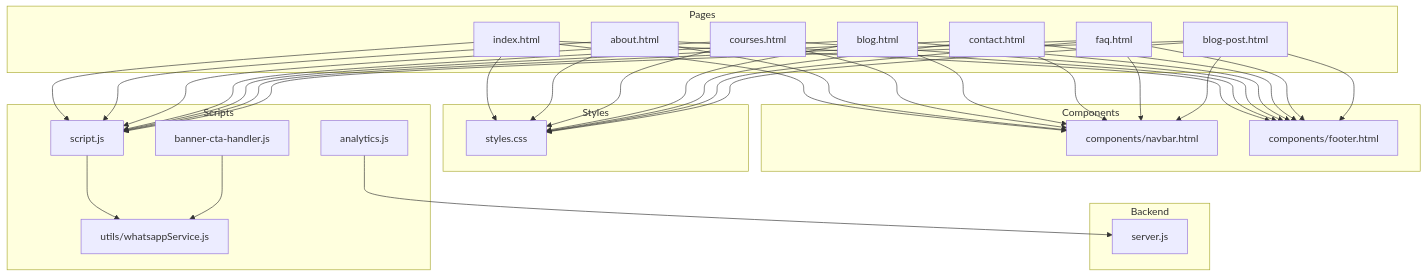
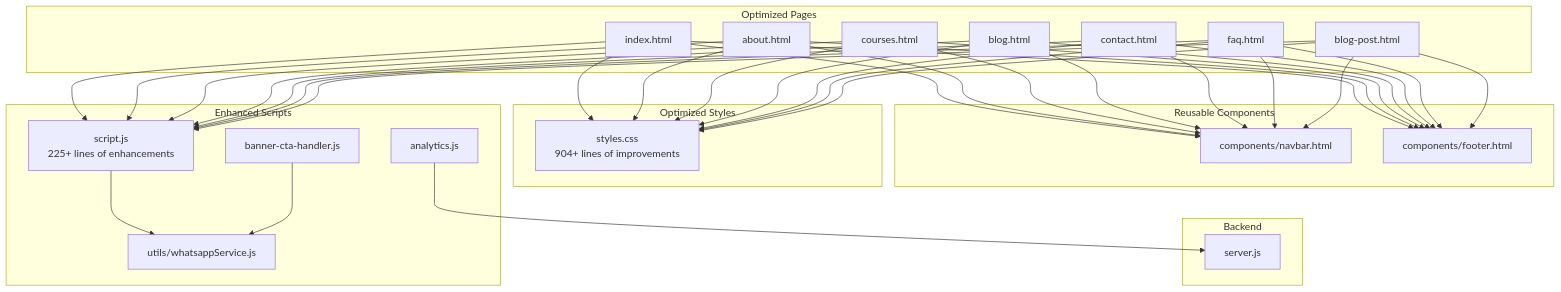
One commit to Dunstun2/GeniusMind-Home-Schooling changed the first of 8 diagrams in .qoder/repowiki/en/content/Frontend Architecture/Frontend Architecture.md. Above: the diagram before and after it, drawn with Mermaid. The commit also changed other lines of this file and 42 other files, not shown here.

````diff
--- a/.qoder/repowiki/en/content/Frontend Architecture/Frontend Architecture.md
+++ b/.qoder/repowiki/en/content/Frontend Architecture/Frontend Architecture.md
@@ -53,59 +62,59 @@
 ```mermaid
 graph TB
-subgraph "Pages"
+subgraph "Optimized Pages"
 A["index.html"]
 B["about.html"]
 C["courses.html"]
 D["blog.html"]
 E["contact.html"]
 F["faq.html"]
 G["blog-post.html"]
 end
-subgraph "Components"
+subgraph "Reusable Components"
 H["components/navbar.html"]
 I["components/footer.html"]
 end
-subgraph "Styles"
-J["styles.css"]
+subgraph "Optimized Styles"
+J["styles.css<br/>904+ lines of improvements"]
 end
-subgraph "Scripts"
-K["script.js"]
+subgraph "Enhanced Scripts"
+K["script.js<br/>225+ lines of enhancements"]
 L["analytics.js"]
 M["banner-cta-handler.js"]
 N["utils/whatsappService.js"]
 end
 subgraph "Backend"
 O["server.js"]
 end
 A --> H
 A --> I
 B --> H
 B --> I
 C --> H
 C --> I
 D --> H
 D --> I
 E --> H
 E --> I
 F --> H
 F --> I
 G --> H
 G --> I
 A --> J
 B --> J
 C --> J
 D --> J
 E --> J
 F --> J
 G --> J
 A --> K
 B --> K
 C --> K
 D --> K
 E --> K
 F --> K
 G --> K
 K --> N
 M --> N
 L --> O
 ```
````
